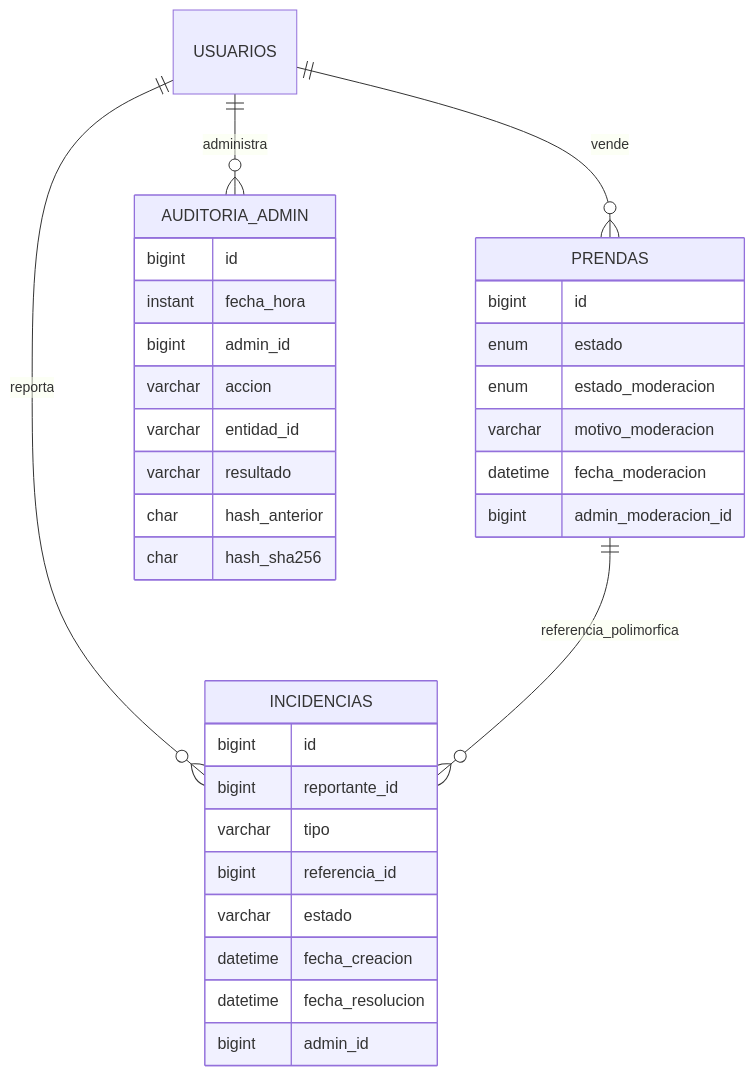
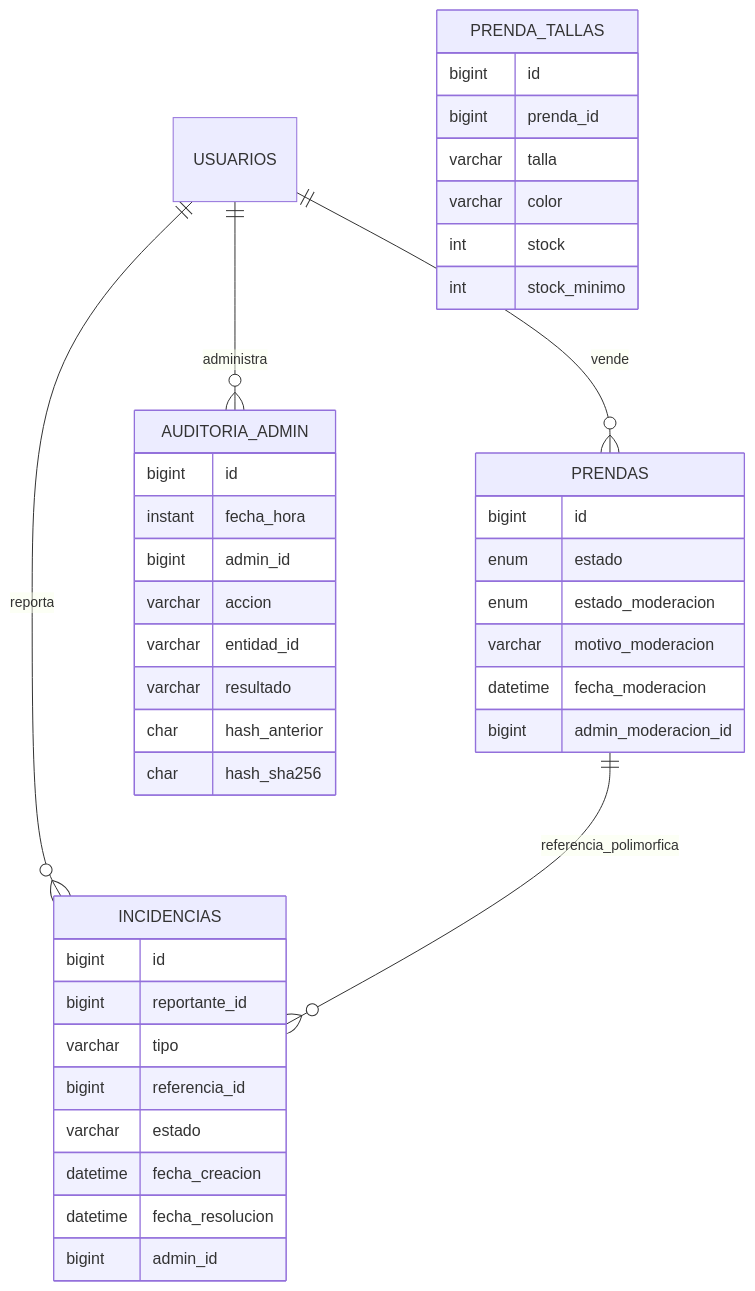
One commit to sr-tav/LittleStyleRepository changed the fourth of 4 diagrams in docs/us-14/descripcion-funcional.md. Above: the diagram before and after it, drawn with Mermaid. The commit also changed other lines of this file and 175 other files, not shown here.

````diff
--- a/docs/us-14/descripcion-funcional.md
+++ b/docs/us-14/descripcion-funcional.md
@@ -318,35 +341,43 @@
 ```mermaid
 erDiagram
   USUARIOS ||--o{ PRENDAS : vende
   USUARIOS ||--o{ INCIDENCIAS : reporta
   PRENDAS ||--o{ INCIDENCIAS : referencia_polimorfica
   USUARIOS ||--o{ AUDITORIA_ADMIN : administra
   PRENDAS {
     bigint id
     enum estado
     enum estado_moderacion
     varchar motivo_moderacion
     datetime fecha_moderacion
     bigint admin_moderacion_id
+  }
+  PRENDA_TALLAS {
+    bigint id
+    bigint prenda_id
+    varchar talla
+    varchar color
+    int stock
+    int stock_minimo
   }
   AUDITORIA_ADMIN {
     bigint id
     instant fecha_hora
     bigint admin_id
     varchar accion
     varchar entidad_id
     varchar resultado
     char hash_anterior
     char hash_sha256
   }
   INCIDENCIAS {
     bigint id
     bigint reportante_id
     varchar tipo
     bigint referencia_id
     varchar estado
     datetime fecha_creacion
     datetime fecha_resolucion
     bigint admin_id
   }
 ```
````
